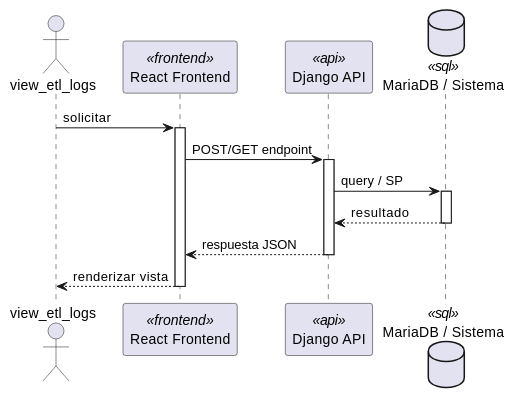
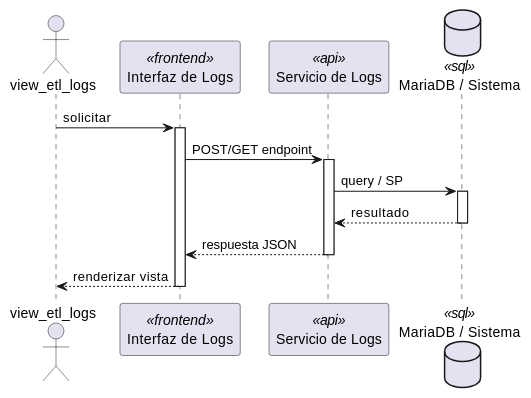
One commit to jcg-admin/IACT-docs changed the first of 2 diagrams in source/arquitectura-tecnica/DesignView/log-02.rst. Above: the diagram before and after it, drawn with PlantUML. The commit also changed other lines of this file and 243 other files, not shown here.

First line of the commit message:
Add missing diagrams and fix participant names across Kruchten views

```diff
--- a/source/arquitectura-tecnica/DesignView/log-02.rst
+++ b/source/arquitectura-tecnica/DesignView/log-02.rst
@@ -22,28 +22,28 @@
 .. uml::
  :caption: UC_LOG_02 — Design View (secuencia)
 
  @startuml
 
  actor "view_etl_logs" as view_etl_logs
- participant "React Frontend" as Frontend <<frontend>>
- participant "Django API" as APIServer <<api>>
- database "MariaDB / Sistema" as BaseDatos <<sql>>
+ participant "Interfaz de Logs" as Iface <<frontend>>
+ participant "Servicio de Logs" as SvcNode <<api>>
+ database "MariaDB / Sistema" as Store <<sql>>
 
- view_etl_logs -> Frontend : solicitar
- activate Frontend
+ view_etl_logs -> Iface : solicitar
+ activate Iface
 
- Frontend -> APIServer : POST/GET endpoint
- activate APIServer
+ Iface -> SvcNode : POST/GET endpoint
+ activate SvcNode
 
- APIServer -> BaseDatos : query / SP
- activate BaseDatos
- BaseDatos --> APIServer : resultado
- deactivate BaseDatos
+ SvcNode -> Store : query / SP
+ activate Store
+ Store --> SvcNode : resultado
+ deactivate Store
 
- APIServer --> Frontend : respuesta JSON
- deactivate APIServer
+ SvcNode --> Iface : respuesta JSON
+ deactivate SvcNode
 
- Frontend --> view_etl_logs : renderizar vista
- deactivate Frontend
+ Iface --> view_etl_logs : renderizar vista
+ deactivate Iface
 
  @enduml
```
